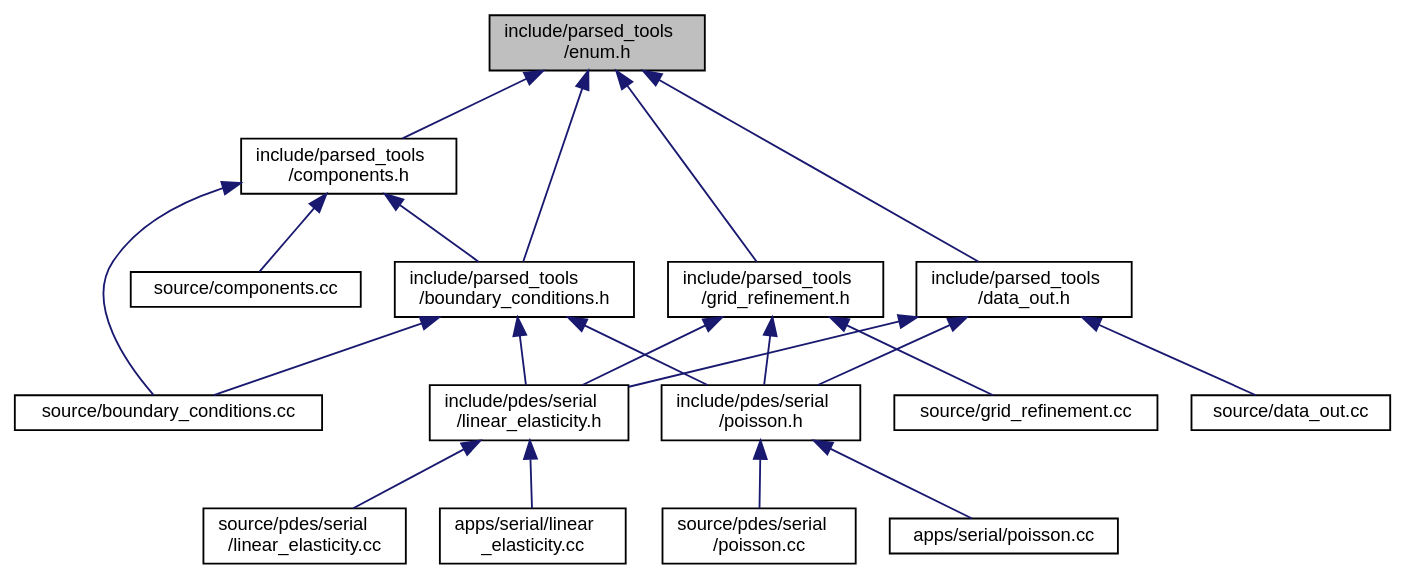
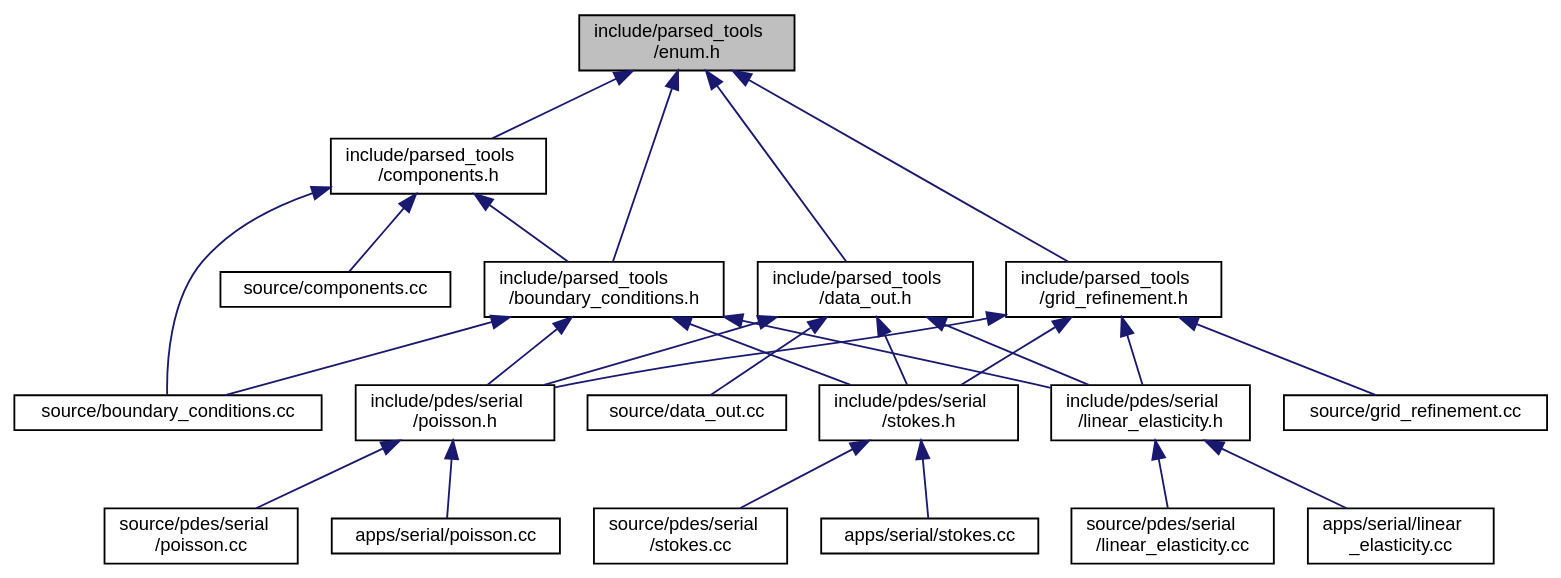
The diagram in enum_8h__dep__incl.dot (luca-heltai/fsi-suite), drawn with Graphviz before and after one commit. The commit also changed 609 other files, not shown here.

```diff
--- a/enum_8h__dep__incl.dot
+++ b/enum_8h__dep__incl.dot
@@ -1,42 +1,50 @@
 digraph "include/parsed_tools/enum.h"
 {
  // LATEX_PDF_SIZE
   bgcolor="transparent";
   edge [fontname="Helvetica",fontsize="10",labelfontname="Helvetica",labelfontsize="10"];
   node [fontname="Helvetica",fontsize="10",shape=record];
   Node1 [label="include/parsed_tools\l/enum.h",height=0.2,width=0.4,color="black", fillcolor="grey75", style="filled", fontcolor="black",tooltip=" "];
   Node1 -> Node2 [dir="back",color="midnightblue",fontsize="10",style="solid",fontname="Helvetica"];
   Node2 [label="include/parsed_tools\l/boundary_conditions.h",height=0.2,width=0.4,color="black",URL="$boundary__conditions_8h.html",tooltip=" "];
   Node2 -> Node3 [dir="back",color="midnightblue",fontsize="10",style="solid",fontname="Helvetica"];
   Node3 [label="source/boundary_conditions.cc",height=0.2,width=0.4,color="black",URL="$boundary__conditions_8cc.html",tooltip=" "];
   Node2 -> Node4 [dir="back",color="midnightblue",fontsize="10",style="solid",fontname="Helvetica"];
   Node4 [label="include/pdes/serial\l/linear_elasticity.h",height=0.2,width=0.4,color="black",URL="$linear__elasticity_8h.html",tooltip=" "];
   Node4 -> Node5 [dir="back",color="midnightblue",fontsize="10",style="solid",fontname="Helvetica"];
   Node5 [label="source/pdes/serial\l/linear_elasticity.cc",height=0.2,width=0.4,color="black",URL="$source_2pdes_2serial_2linear__elasticity_8cc.html",tooltip=" "];
   Node4 -> Node6 [dir="back",color="midnightblue",fontsize="10",style="solid",fontname="Helvetica"];
   Node6 [label="apps/serial/linear\l_elasticity.cc",height=0.2,width=0.4,color="black",URL="$apps_2serial_2linear__elasticity_8cc.html",tooltip=" "];
   Node2 -> Node7 [dir="back",color="midnightblue",fontsize="10",style="solid",fontname="Helvetica"];
   Node7 [label="include/pdes/serial\l/poisson.h",height=0.2,width=0.4,color="black",URL="$poisson_8h.html",tooltip=" "];
   Node7 -> Node8 [dir="back",color="midnightblue",fontsize="10",style="solid",fontname="Helvetica"];
   Node8 [label="source/pdes/serial\l/poisson.cc",height=0.2,width=0.4,color="black",URL="$source_2pdes_2serial_2poisson_8cc.html",tooltip=" "];
   Node7 -> Node9 [dir="back",color="midnightblue",fontsize="10",style="solid",fontname="Helvetica"];
   Node9 [label="apps/serial/poisson.cc",height=0.2,width=0.4,color="black",URL="$apps_2serial_2poisson_8cc.html",tooltip=" "];
-  Node1 -> Node10 [dir="back",color="midnightblue",fontsize="10",style="solid",fontname="Helvetica"];
-  Node10 [label="include/parsed_tools\l/components.h",height=0.2,width=0.4,color="black",URL="$components_8h.html",tooltip=" "];
-  Node10 -> Node3 [dir="back",color="midnightblue",fontsize="10",style="solid",fontname="Helvetica"];
+  Node2 -> Node10 [dir="back",color="midnightblue",fontsize="10",style="solid",fontname="Helvetica"];
+  Node10 [label="include/pdes/serial\l/stokes.h",height=0.2,width=0.4,color="black",URL="$stokes_8h.html",tooltip=" "];
   Node10 -> Node11 [dir="back",color="midnightblue",fontsize="10",style="solid",fontname="Helvetica"];
-  Node11 [label="source/components.cc",height=0.2,width=0.4,color="black",URL="$components_8cc.html",tooltip=" "];
-  Node10 -> Node2 [dir="back",color="midnightblue",fontsize="10",style="solid",fontname="Helvetica"];
-  Node1 -> Node12 [dir="back",color="midnightblue",fontsize="10",style="solid",fontname="Helvetica"];
-  Node12 [label="include/parsed_tools\l/data_out.h",height=0.2,width=0.4,color="black",URL="$data__out_8h.html",tooltip=" "];
-  Node12 -> Node13 [dir="back",color="midnightblue",fontsize="10",style="solid",fontname="Helvetica"];
-  Node13 [label="source/data_out.cc",height=0.2,width=0.4,color="black",URL="$data__out_8cc.html",tooltip=" "];
-  Node12 -> Node4 [dir="back",color="midnightblue",fontsize="10",style="solid",fontname="Helvetica"];
-  Node12 -> Node7 [dir="back",color="midnightblue",fontsize="10",style="solid",fontname="Helvetica"];
-  Node1 -> Node14 [dir="back",color="midnightblue",fontsize="10",style="solid",fontname="Helvetica"];
-  Node14 [label="include/parsed_tools\l/grid_refinement.h",height=0.2,width=0.4,color="black",URL="$grid__refinement_8h.html",tooltip=" "];
-  Node14 -> Node15 [dir="back",color="midnightblue",fontsize="10",style="solid",fontname="Helvetica"];
-  Node15 [label="source/grid_refinement.cc",height=0.2,width=0.4,color="black",URL="$grid__refinement_8cc.html",tooltip=" "];
-  Node14 -> Node4 [dir="back",color="midnightblue",fontsize="10",style="solid",fontname="Helvetica"];
-  Node14 -> Node7 [dir="back",color="midnightblue",fontsize="10",style="solid",fontname="Helvetica"];
+  Node11 [label="source/pdes/serial\l/stokes.cc",height=0.2,width=0.4,color="black",URL="$source_2pdes_2serial_2stokes_8cc.html",tooltip=" "];
+  Node10 -> Node12 [dir="back",color="midnightblue",fontsize="10",style="solid",fontname="Helvetica"];
+  Node12 [label="apps/serial/stokes.cc",height=0.2,width=0.4,color="black",URL="$apps_2serial_2stokes_8cc.html",tooltip=" "];
+  Node1 -> Node13 [dir="back",color="midnightblue",fontsize="10",style="solid",fontname="Helvetica"];
+  Node13 [label="include/parsed_tools\l/components.h",height=0.2,width=0.4,color="black",URL="$components_8h.html",tooltip=" "];
+  Node13 -> Node3 [dir="back",color="midnightblue",fontsize="10",style="solid",fontname="Helvetica"];
+  Node13 -> Node14 [dir="back",color="midnightblue",fontsize="10",style="solid",fontname="Helvetica"];
+  Node14 [label="source/components.cc",height=0.2,width=0.4,color="black",URL="$components_8cc.html",tooltip=" "];
+  Node13 -> Node2 [dir="back",color="midnightblue",fontsize="10",style="solid",fontname="Helvetica"];
+  Node1 -> Node15 [dir="back",color="midnightblue",fontsize="10",style="solid",fontname="Helvetica"];
+  Node15 [label="include/parsed_tools\l/data_out.h",height=0.2,width=0.4,color="black",URL="$data__out_8h.html",tooltip=" "];
+  Node15 -> Node16 [dir="back",color="midnightblue",fontsize="10",style="solid",fontname="Helvetica"];
+  Node16 [label="source/data_out.cc",height=0.2,width=0.4,color="black",URL="$data__out_8cc.html",tooltip=" "];
+  Node15 -> Node4 [dir="back",color="midnightblue",fontsize="10",style="solid",fontname="Helvetica"];
+  Node15 -> Node7 [dir="back",color="midnightblue",fontsize="10",style="solid",fontname="Helvetica"];
+  Node15 -> Node10 [dir="back",color="midnightblue",fontsize="10",style="solid",fontname="Helvetica"];
+  Node1 -> Node17 [dir="back",color="midnightblue",fontsize="10",style="solid",fontname="Helvetica"];
+  Node17 [label="include/parsed_tools\l/grid_refinement.h",height=0.2,width=0.4,color="black",URL="$grid__refinement_8h.html",tooltip=" "];
+  Node17 -> Node18 [dir="back",color="midnightblue",fontsize="10",style="solid",fontname="Helvetica"];
+  Node18 [label="source/grid_refinement.cc",height=0.2,width=0.4,color="black",URL="$grid__refinement_8cc.html",tooltip=" "];
+  Node17 -> Node4 [dir="back",color="midnightblue",fontsize="10",style="solid",fontname="Helvetica"];
+  Node17 -> Node7 [dir="back",color="midnightblue",fontsize="10",style="solid",fontname="Helvetica"];
+  Node17 -> Node10 [dir="back",color="midnightblue",fontsize="10",style="solid",fontname="Helvetica"];
 }
```
